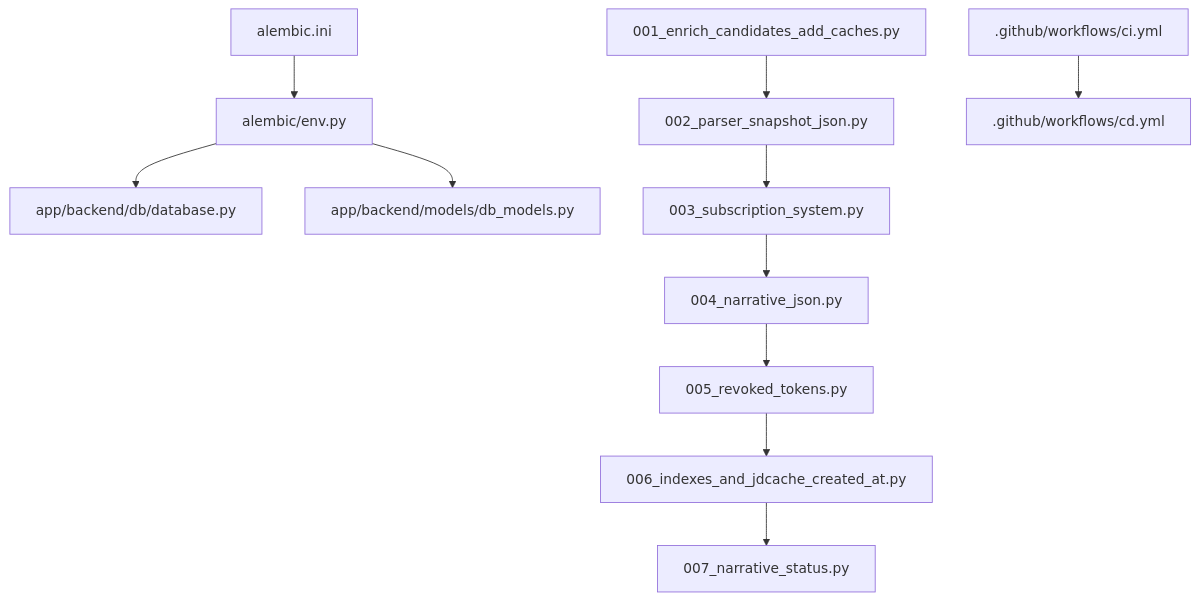
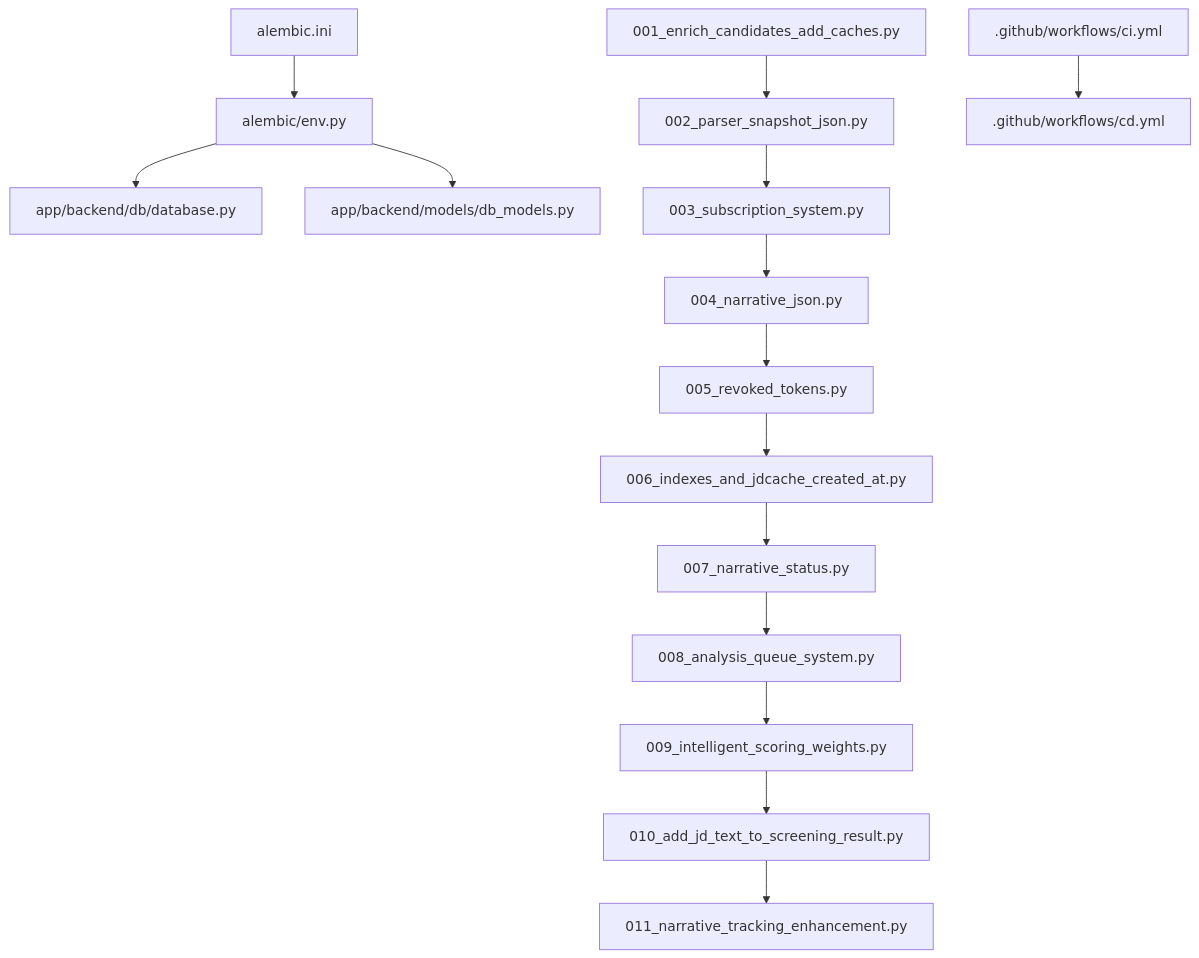
Diagram 13 of 13 in .qoder/repowiki/en/content/Database Design/Migration Management.md (Revanththetalogics/aireume), drawn with Mermaid before and after one commit. The commit also changed other lines of this file and 20 other files, not shown here.

First line of the commit message:
fix: persist complete report data to analysis_result for Candidates page

````diff
--- a/.qoder/repowiki/en/content/Database Design/Migration Management.md
+++ b/.qoder/repowiki/en/content/Database Design/Migration Management.md
@@ -398,13 +550,17 @@
 ```mermaid
 graph TB
 A["alembic.ini"] --> B["alembic/env.py"]
 B --> C["app/backend/db/database.py"]
 B --> D["app/backend/models/db_models.py"]
 E["001_enrich_candidates_add_caches.py"] --> F["002_parser_snapshot_json.py"]
 F --> G["003_subscription_system.py"]
 G --> H["004_narrative_json.py"]
 H --> I["005_revoked_tokens.py"]
 I --> J["006_indexes_and_jdcache_created_at.py"]
 J --> K["007_narrative_status.py"]
-L[".github/workflows/ci.yml"] --> M[".github/workflows/cd.yml"]
+K --> L["008_analysis_queue_system.py"]
+L --> M["009_intelligent_scoring_weights.py"]
+M --> N["010_add_jd_text_to_screening_result.py"]
+N --> O["011_narrative_tracking_enhancement.py"]
+P[".github/workflows/ci.yml"] --> Q[".github/workflows/cd.yml"]
 ```
````
